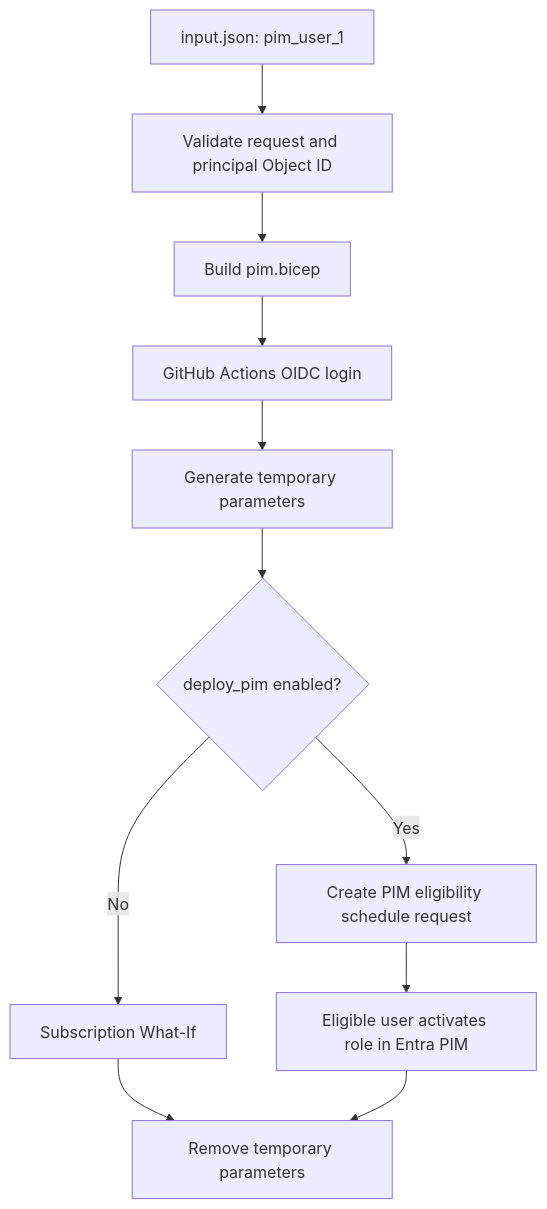
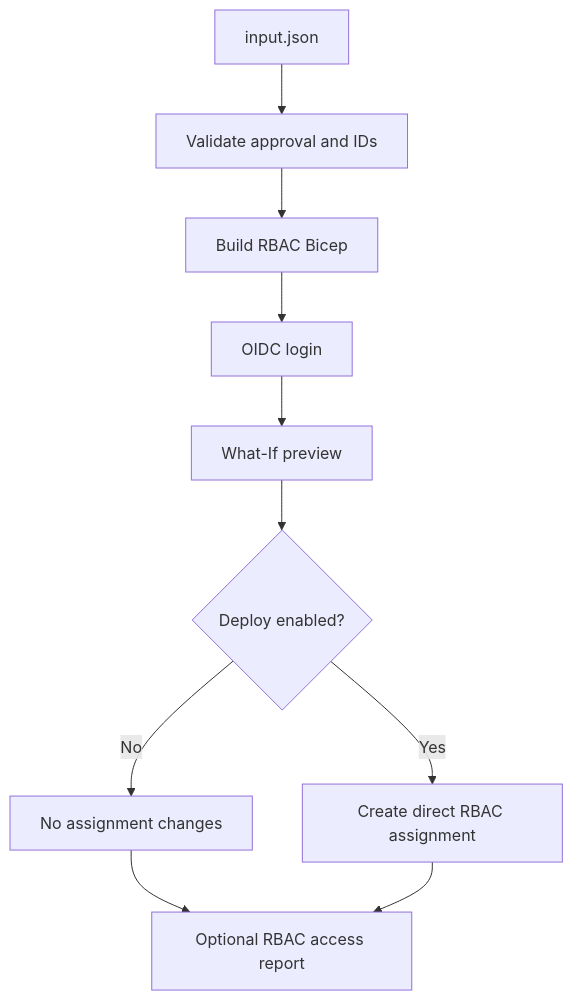
One commit to OLYMPUSPRIME/GPT-BIFROST changed the diagram in README.md. Above: the diagram before and after it, drawn with Mermaid. The commit also changed other lines of this file, not shown here.

Commit message:
Convert README.md from PIM to RBAC

````diff
--- a/README.md
+++ b/README.md
@@ -130,13 +53,12 @@
 ```mermaid
 flowchart TD
-    A[input.json: pim_user_1] --> B[Validate request and principal Object ID]
-    B --> C[Build pim.bicep]
-    C --> D[GitHub Actions OIDC login]
-    D --> E[Generate temporary parameters]
-    E --> F{deploy_pim enabled?}
-    F -->|No| G[Subscription What-If]
-    F -->|Yes| H[Create PIM eligibility schedule request]
-    H --> I[Eligible user activates role in Entra PIM]
-    G --> J[Remove temporary parameters]
-    I --> J
+ A[input.json] --> B[Validate approval and IDs]
+ B --> C[Build RBAC Bicep]
+ C --> D[OIDC login]
+ D --> E[What-If preview]
+ E --> F{Deploy enabled?}
+ F -->|No| G[No assignment changes]
+ F -->|Yes| H[Create direct RBAC assignment]
+ G --> I[Optional RBAC access report]
+ H --> I
 ```
````
